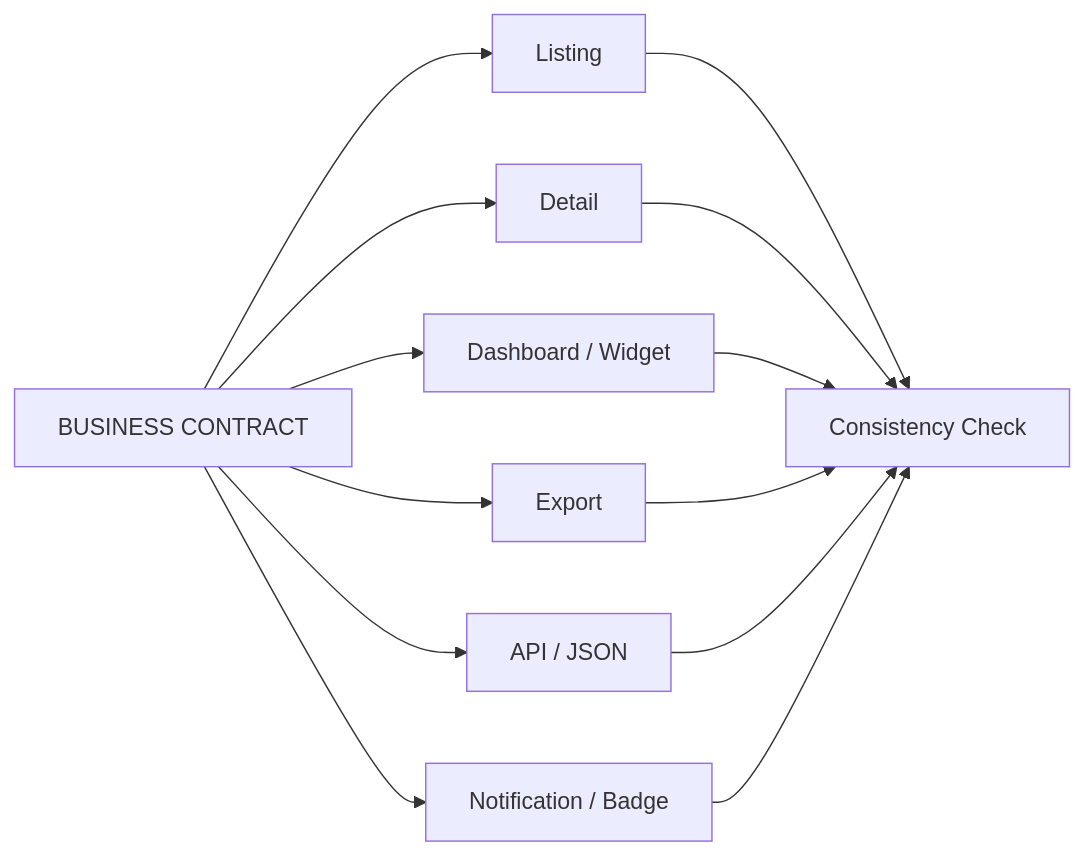
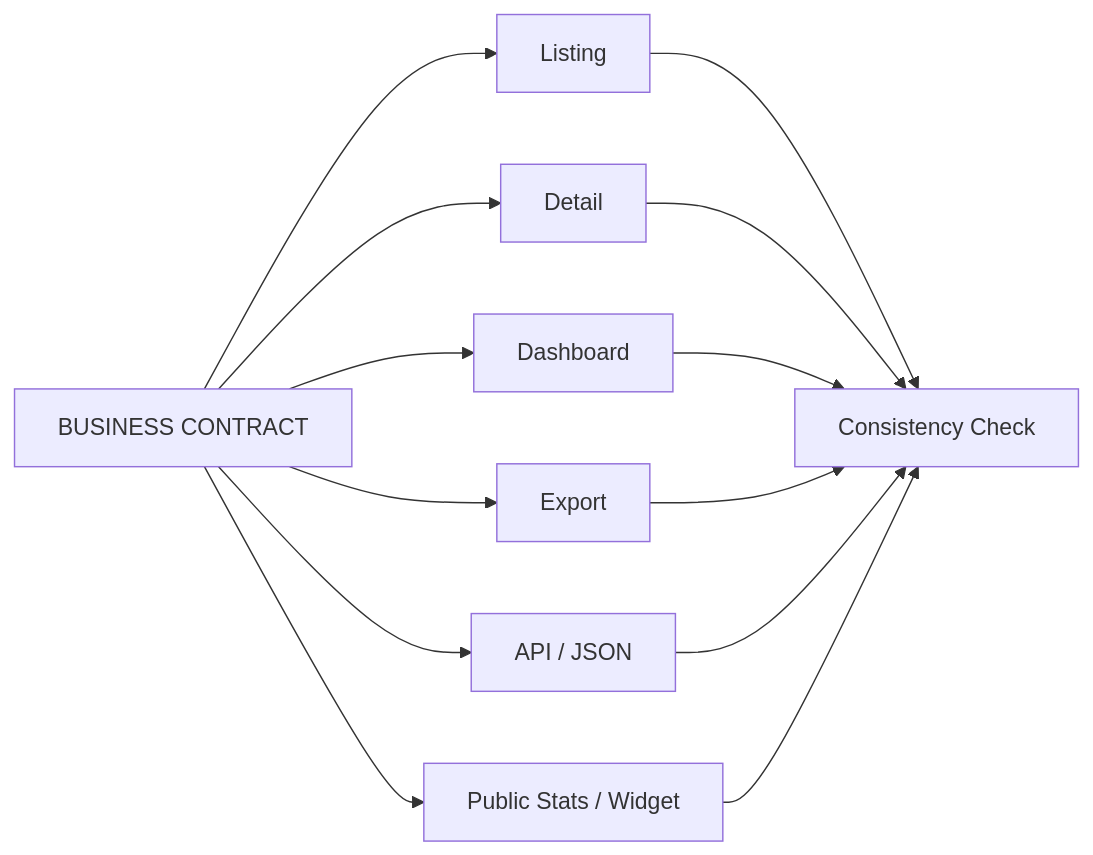
The tenth of 13 diagrams in docs/00A_GLOBAL_STANDARD_SISFOUR.md (Al-Faroz/sisfour_dev_v2), drawn with Mermaid before and after one commit. The commit also changed other lines of this file, not shown here.

````diff
--- a/docs/00A_GLOBAL_STANDARD_SISFOUR.md
+++ b/docs/00A_GLOBAL_STANDARD_SISFOUR.md
@@ -687,16 +426,15 @@
 ```mermaid
 flowchart LR
     A["BUSINESS CONTRACT"] --> B["Listing"]
     A --> C["Detail"]
-    A --> D["Dashboard / Widget"]
+    A --> D["Dashboard"]
     A --> E["Export"]
     A --> F["API / JSON"]
-    A --> G["Notification / Badge"]
-
+    A --> G["Public Stats / Widget"]
     B --> H["Consistency Check"]
     C --> H
     D --> H
     E --> H
     F --> H
     G --> H
 ```
````
